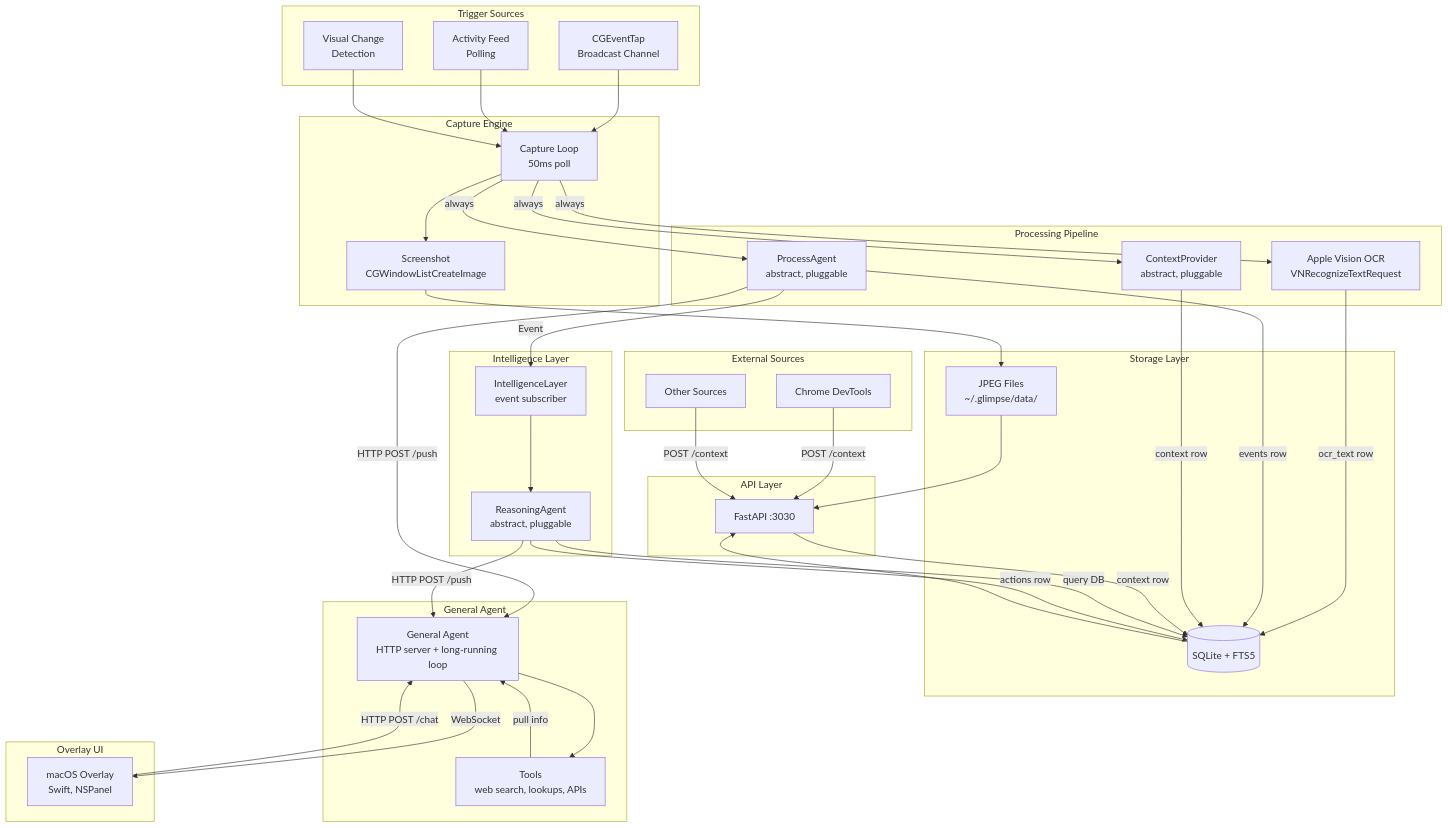
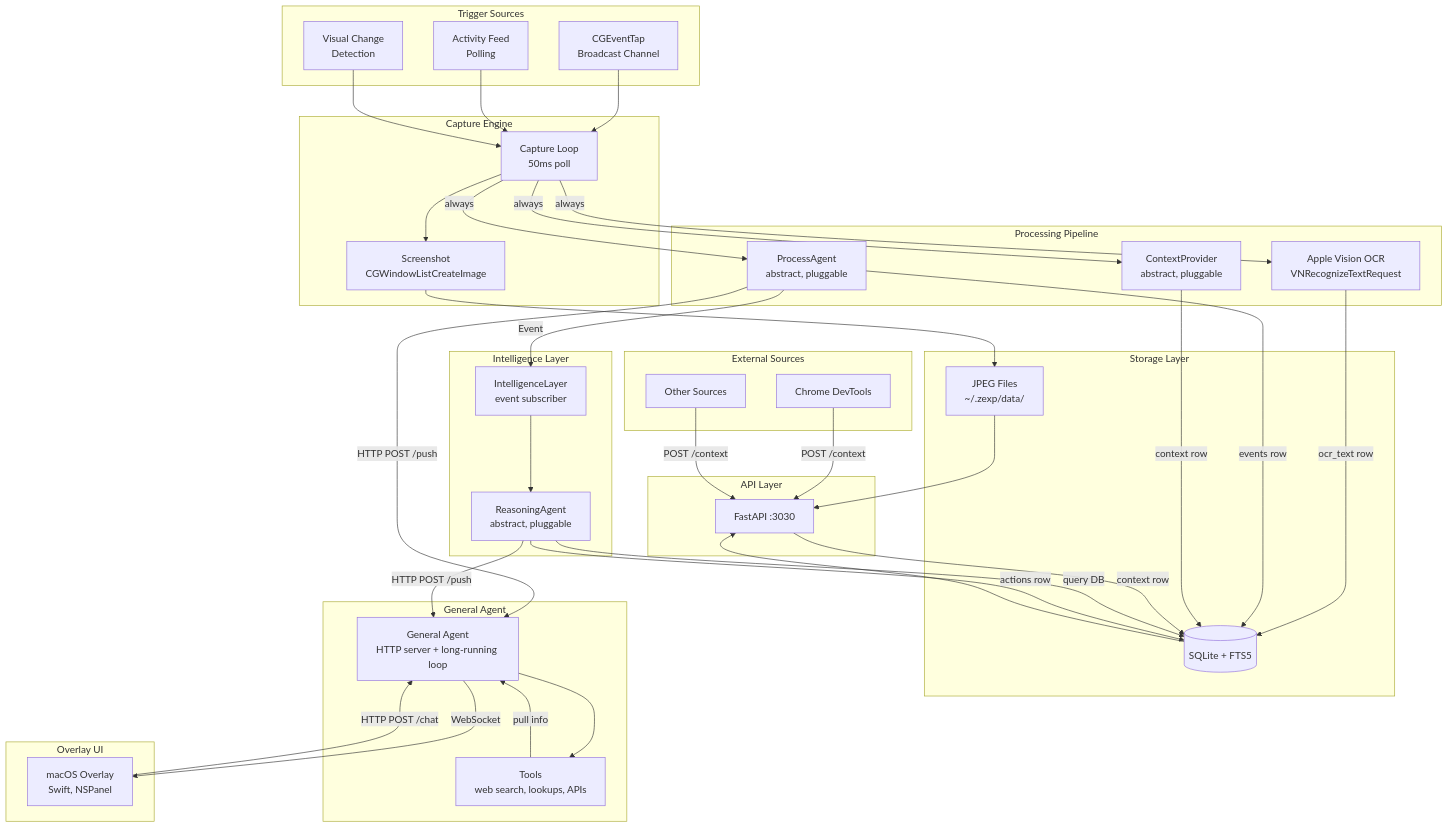
The first of 3 diagrams in spec.md (afflictixn/glimpse), drawn with Mermaid before and after one commit. The commit also changed other lines of this file and 22 other files, not shown here.

````diff
--- a/spec.md
+++ b/spec.md
@@ -78,77 +78,77 @@
 ```mermaid
 flowchart TB
     subgraph triggers [Trigger Sources]
         BC[CGEventTap\nBroadcast Channel]
         AF[Activity Feed\nPolling]
         VD[Visual Change\nDetection]
     end
 
     subgraph capture [Capture Engine]
         CL[Capture Loop\n50ms poll]
         SC[Screenshot\nCGWindowListCreateImage]
     end
 
     subgraph processing [Processing Pipeline]
         OCR[Apple Vision OCR\nVNRecognizeTextRequest]
         PA[ProcessAgent\nabstract, pluggable]
         CP[ContextProvider\nabstract, pluggable]
     end
 
     subgraph external [External Sources]
         CDT[Chrome DevTools]
         OTH[Other Sources]
     end
 
     subgraph storage [Storage Layer]
         DB[(SQLite + FTS5)]
-        FS[JPEG Files\n~/.glimpse/data/]
+        FS[JPEG Files\n~/.zexp/data/]
     end
 
     subgraph api [API Layer]
         FA[FastAPI :3030]
     end
 
     subgraph intelligence [Intelligence Layer]
         IL[IntelligenceLayer\nevent subscriber]
         RA[ReasoningAgent\nabstract, pluggable]
     end
 
     subgraph general [General Agent]
         GA[General Agent\nHTTP server + long-running loop]
         TL[Tools\nweb search, lookups, APIs]
     end
 
     subgraph overlay [Overlay UI]
         OV[macOS Overlay\nSwift, NSPanel]
     end
 
     BC --> CL
     AF --> CL
     VD --> CL
     CL --> SC
     CL -->|"always"| OCR
     CL -->|"always"| PA
     CL -->|"always"| CP
     OCR -->|"ocr_text row"| DB
     PA -->|"events row"| DB
     CP -->|"context row"| DB
     SC --> FS
     CDT -->|"POST /context"| FA
     OTH -->|"POST /context"| FA
     FA -->|"context row"| DB
 
     PA -->|"Event"| IL
     IL --> RA
     RA -->|"query DB"| DB
     RA -->|"actions row"| DB
 
     PA -->|"HTTP POST /push"| GA
     RA -->|"HTTP POST /push"| GA
     GA --> TL
     TL -->|"pull info"| GA
     GA -->|"WebSocket"| OV
     OV -->|"HTTP POST /chat"| GA
 
     DB --> FA
     FS --> FA
 ```
````
